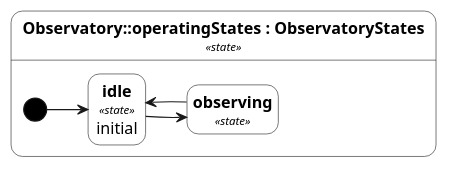
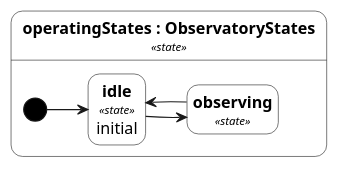
One commit to Open-MBEE/OpenSysML changed the second of 2 diagrams in internal/doc/docrender/testdata/telescope_report.plantuml.golden.md. Above: the diagram before and after it, drawn with PlantUML. The commit also changed other lines of this file and 52 other files, not shown here.

First line of the commit message:
fix(view): head graphical roots relative to their shared namespace, types by their own name

````diff
--- a/internal/doc/docrender/testdata/telescope_report.plantuml.golden.md
+++ b/internal/doc/docrender/testdata/telescope_report.plantuml.golden.md
@@ -136,54 +136,54 @@
 ```plantuml
 @startuml
 ' state rendering (the diagram states kind "state")
 <style>
 root {
   BackGroundColor white
   FontName SansSerif
   FontSize 14
   FontColor black
   LineColor #181818
   HorizontalAlignment left
 }
 element {
   BackGroundColor white
   LineColor #181818
   LineThickness 0.5
   RoundCorner 0
   Shadowing 0.0
 }
 start, end, activityBar {
   BackGroundColor black
 }
 arrow {
   LineColor #181818
   LineThickness 1
   FontSize 13
 }
 note {
   BackGroundColor #FEFFDD
   FontSize 13
 }
 .usage {
   RoundCorner 20
 }
 .package {
   LineThickness 1.5
 }
 .region {
   LineStyle 4
 }
 </style>
 skinparam wrapWidth 300
 hide stereotype
 left to right direction
 hide empty description
-state "**Observatory::operatingStates : ObservatoryStates**\n<size:10>//«state»//</size>" as n0 <<state>> <<usage>> {
+state "**operatingStates : ObservatoryStates**\n<size:10>//«state»//</size>" as n0 <<state>> <<usage>> {
   state "**idle**\n<size:10>//«state»//</size>\ninitial" as n1 <<state>> <<usage>>
   state "**observing**\n<size:10>//«state»//</size>" as n2 <<state>> <<usage>>
   [*] --> n1
 }
 n1 --> n2
 n2 --> n1
 @enduml
 ```
````
